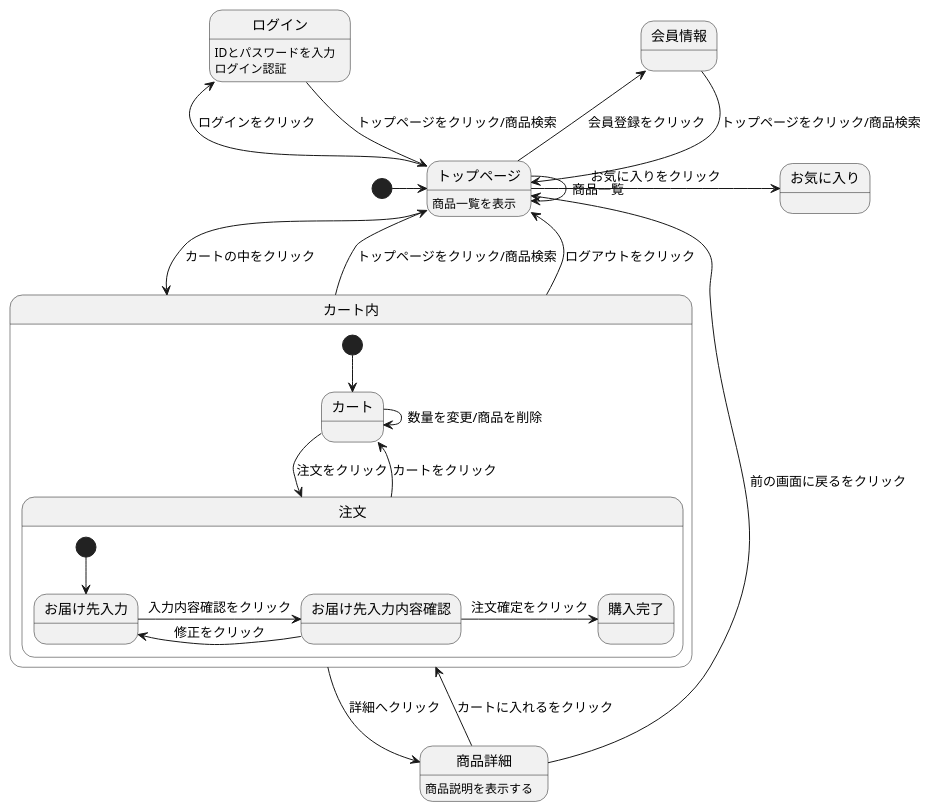
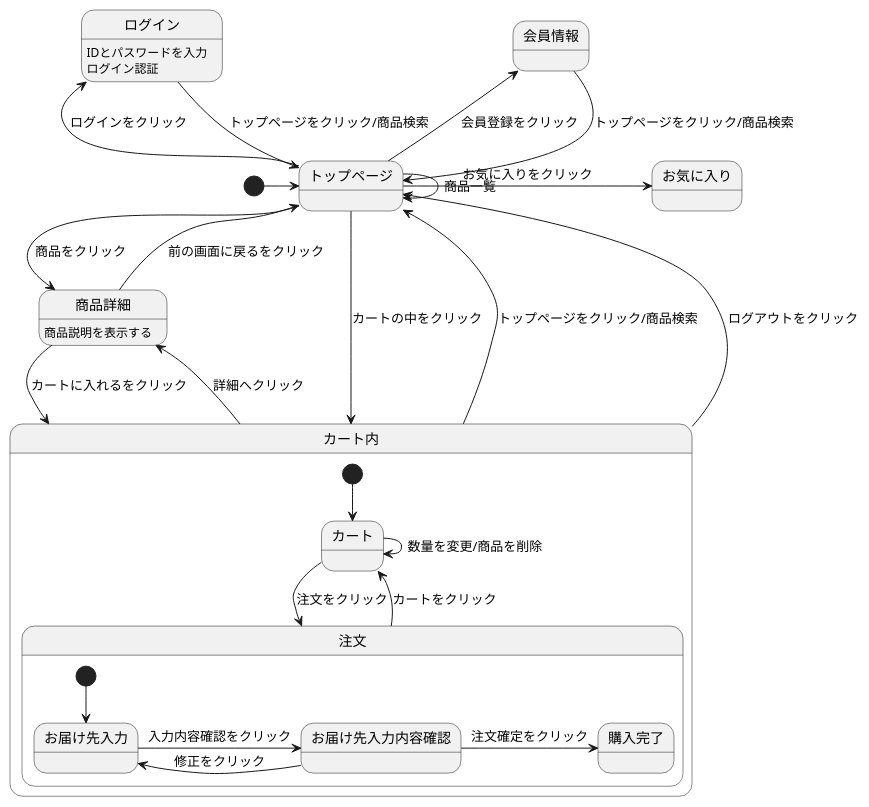
One commit to Aso2001397/2021sys-design changed the diagram in 2001397G.md. Above: the diagram before and after it, drawn with PlantUML.

````diff
--- a/2001397G.md
+++ b/2001397G.md
@@ -1,34 +1,34 @@
 ```uml
 @startuml
 [*] -> トップページ
 会員情報 --> トップページ : トップページをクリック/商品検索
 ログイン --> トップページ : トップページをクリック/商品検索
 ログイン : IDとパスワードを入力
 ログイン : ログイン認証
 トップページ -> トップページ : 商品一覧
+トップページ -> 商品詳細 : 商品をクリック
 トップページ -> お気に入り : お気に入りをクリック
 トップページ -left-> 会員情報 : 会員登録をクリック
 トップページ -left-> ログイン: ログインをクリック
 トップページ --> カート内 : カートの中をクリック
-トップページ : 商品一覧を表示
 商品詳細 --> カート内 : カートに入れるをクリック
 商品詳細 --> トップページ : 前の画面に戻るをクリック
 商品詳細 : 商品説明を表示する
 カート内 -up-> トップページ : トップページをクリック/商品検索
 カート内 -up-> トップページ : ログアウトをクリック
 カート内 -> 商品詳細 : 詳細へクリック
 
 state カート内{
  [*] --> カート
  カート -> 注文 : 注文をクリック
  カート -> カート : 数量を変更/商品を削除
  注文 --> カート : カートをクリック
  state 注文{
   [*] --> お届け先入力
   お届け先入力 -> お届け先入力内容確認 : 入力内容確認をクリック
   お届け先入力内容確認 -> お届け先入力 : 修正をクリック
   お届け先入力内容確認 -> 購入完了 : 注文確定をクリック
   }
  }
  @enduml
  ```
````
